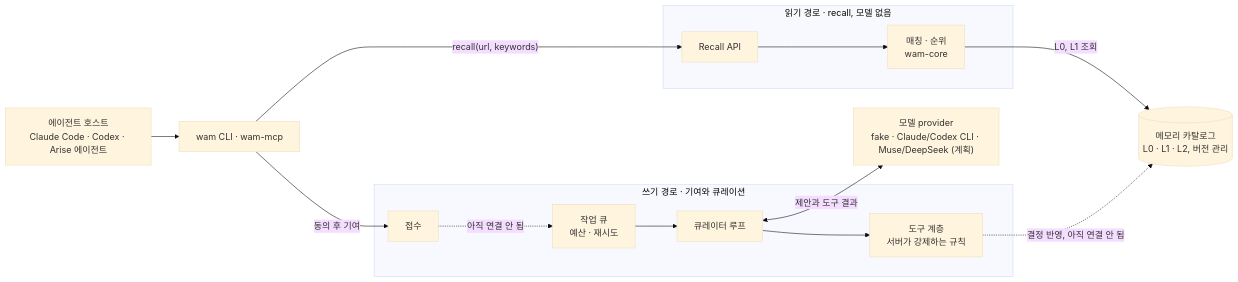
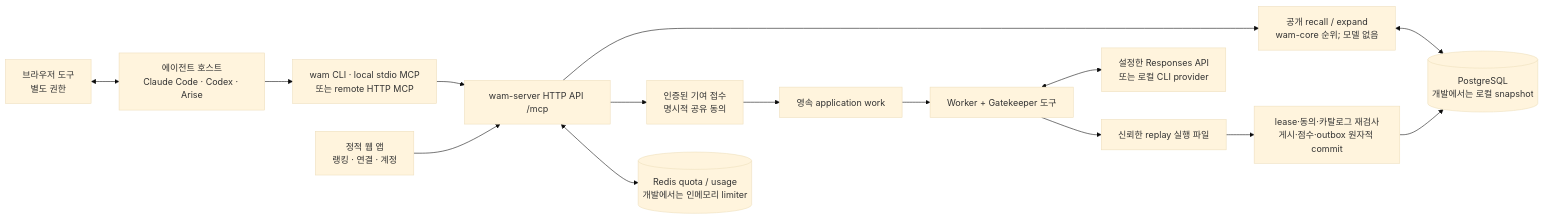
One commit to heycodingkr/web-agentic-memory changed the first of 2 diagrams in docs/design/system-overview.ko.md. Above: the diagram before and after it, drawn with Mermaid (base theme). The commit also changed other lines of this file and 24 other files, not shown here.

````diff
--- a/docs/design/system-overview.ko.md
+++ b/docs/design/system-overview.ko.md
@@ -18,17 +11,17 @@
 ```mermaid
 flowchart LR
-    agent["에이전트 호스트<br/>Claude Code · Codex · Arise 에이전트"] --> adapters["wam CLI · wam-mcp"]
-    subgraph read["읽기 경로 · recall, 모델 없음"]
-        recall["Recall API"] --> rank["매칭 · 순위<br/>wam-core"]
-    end
-    subgraph write["쓰기 경로 · 기여와 큐레이션"]
-        intake["접수"] -.->|"아직 연결 안 됨"| queue["작업 큐<br/>예산 · 재시도"]
-        queue --> curator["큐레이터 루프"]
-        curator --> tools["도구 계층<br/>서버가 강제하는 규칙"]
-    end
-    adapters -->|"recall(url, keywords)"| recall
-    adapters -->|"동의 후 기여"| intake
-    rank -->|"L0, L1 조회"| catalog[("메모리 카탈로그<br/>L0 · L1 · L2, 버전 관리")]
-    tools -.->|"결정 반영, 아직 연결 안 됨"| catalog
-    curator <-->|"제안과 도구 결과"| models["모델 provider<br/>fake · Claude/Codex CLI · Muse/DeepSeek (계획)"]
+    agent["에이전트 호스트<br/>Claude Code · Codex · Arise"] --> adapters["wam CLI · local stdio MCP<br/>또는 remote HTTP MCP"]
+    browser["브라우저 도구<br/>별도 권한"] <--> agent
+    adapters --> api["wam-server HTTP API /mcp"]
+    web["정적 웹 앱<br/>랭킹 · 연결 · 계정"] --> api
+    api --> read["공개 recall / expand<br/>wam-core 순위; 모델 없음"]
+    api --> intake["인증된 기여 접수<br/>명시적 공유 동의"]
+    intake --> queue["영속 application work"]
+    queue --> curator["Worker + Gatekeeper 도구"]
+    curator <--> model["설정한 Responses API<br/>또는 로컬 CLI provider"]
+    curator --> replay["신뢰한 replay 실행 파일"]
+    replay --> commit["lease·동의·카탈로그 재검사<br/>게시·점수·outbox 원자적 commit"]
+    read <--> store[("PostgreSQL<br/>개발에서는 로컬 snapshot")]
+    commit --> store
+    api <--> quota[("Redis quota / usage<br/>개발에서는 인메모리 limiter")]
 ```
````
